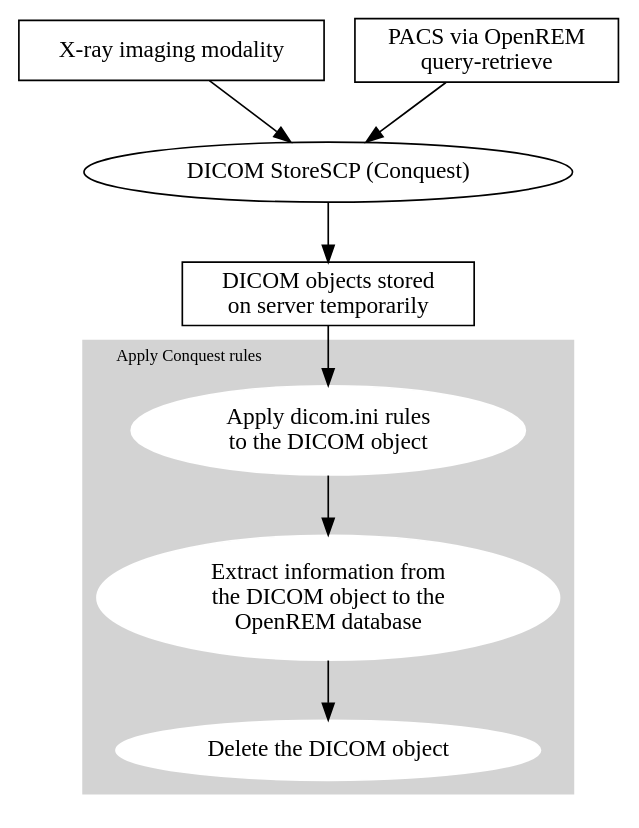
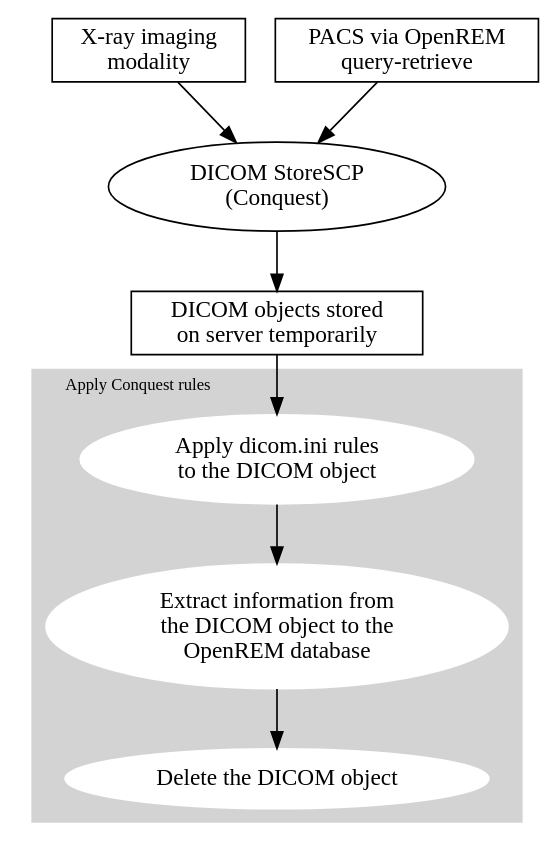
Before and after one commit to ckswilliams/modOpenREM: the diagram in docs/testgraphviz.rst, drawn with Graphviz.

Commit message:
Final changes for now

```diff
--- a/docs/testgraphviz.rst
+++ b/docs/testgraphviz.rst
@@ -4,26 +4,26 @@
 .. graphviz::
 
    digraph {
       subgraph cluster_rules {
          node [style=filled,color=white];
          style=filled;
          color=lightgrey;
          conquest_script -> populate_database -> delete_object;
          label = "Apply Conquest rules";
          fontsize=10;
          labelloc=t;
          labeljust=l;
       }
 
       modality -> conquest;
       pacs -> conquest;
       conquest -> storage -> conquest_script;
 
-      modality [shape=box, label="X-ray imaging modality"];
+      modality [shape=box, label="X-ray imaging\nmodality"];
       pacs [shape=box, label="PACS via OpenREM\nquery-retrieve"];
-      conquest [label="DICOM StoreSCP (Conquest)"];
+      conquest [label="DICOM StoreSCP\n(Conquest)"];
       storage [shape=box, label="DICOM objects stored\non server temporarily"];
       conquest_script [label="Apply dicom.ini rules\nto the DICOM object"];
       populate_database [label="Extract information from\nthe DICOM object to the\nOpenREM database"];
       delete_object [label="Delete the DICOM object"];
    }
```
